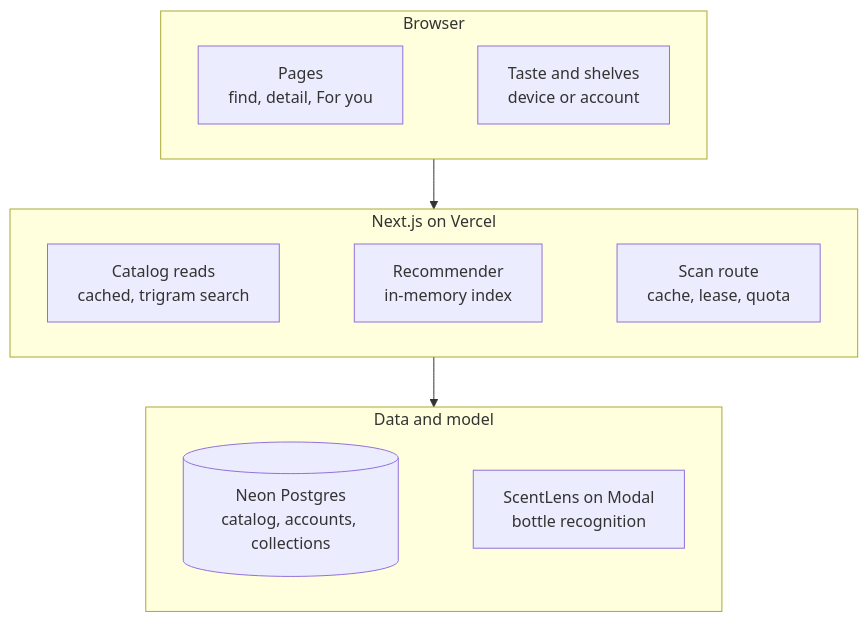
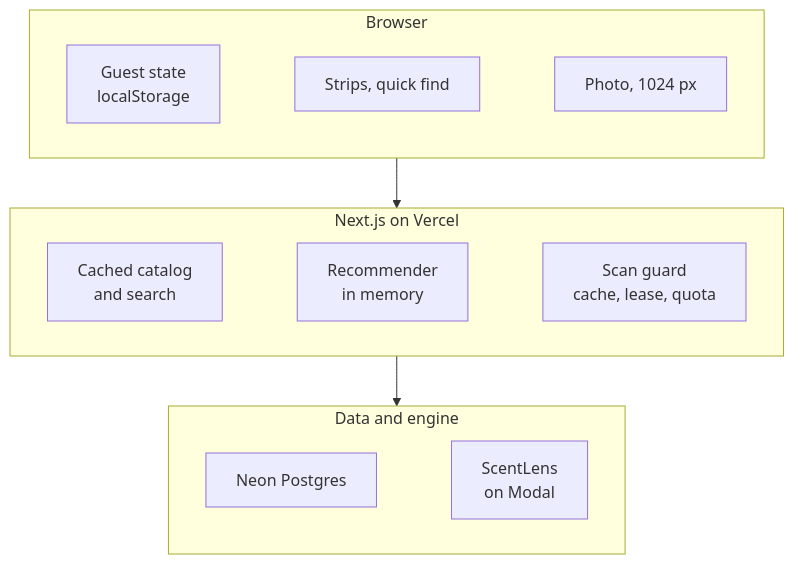
One commit to bhnsadhu/accord changed the diagram in README.md. Above: the diagram before and after it, drawn with Mermaid. The commit also changed other lines of this file and 5 other files, not shown here.

````diff
--- a/README.md
+++ b/README.md
@@ -40,17 +42,17 @@
 ```mermaid
 flowchart TD
-  subgraph web["Browser"]
+  subgraph client["Browser"]
     direction LR
-    pages["Pages<br/>find, detail, For you"] ~~~ state["Taste and shelves<br/>device or account"]
+    guest["Guest state<br/>localStorage"] ~~~ ui["Strips, quick find"] ~~~ cam["Photo, 1024 px"]
   end
-  subgraph app["Next.js on Vercel"]
+  subgraph server["Next.js on Vercel"]
     direction LR
-    cat["Catalog reads<br/>cached, trigram search"] ~~~ reco["Recommender<br/>in-memory index"] ~~~ scan["Scan route<br/>cache, lease, quota"]
+    cat["Cached catalog<br/>and search"] ~~~ reco["Recommender<br/>in memory"] ~~~ guard["Scan guard<br/>cache, lease, quota"]
   end
-  subgraph ext["Data and model"]
+  subgraph data["Data and engine"]
     direction LR
-    neon[("Neon Postgres<br/>catalog, accounts, collections")] ~~~ sl["ScentLens on Modal<br/>bottle recognition"]
+    db["Neon Postgres"] ~~~ lens["ScentLens<br/>on Modal"]
   end
-  web --> app
-  app --> ext
+  client --> server
+  server --> data
 ```
````
